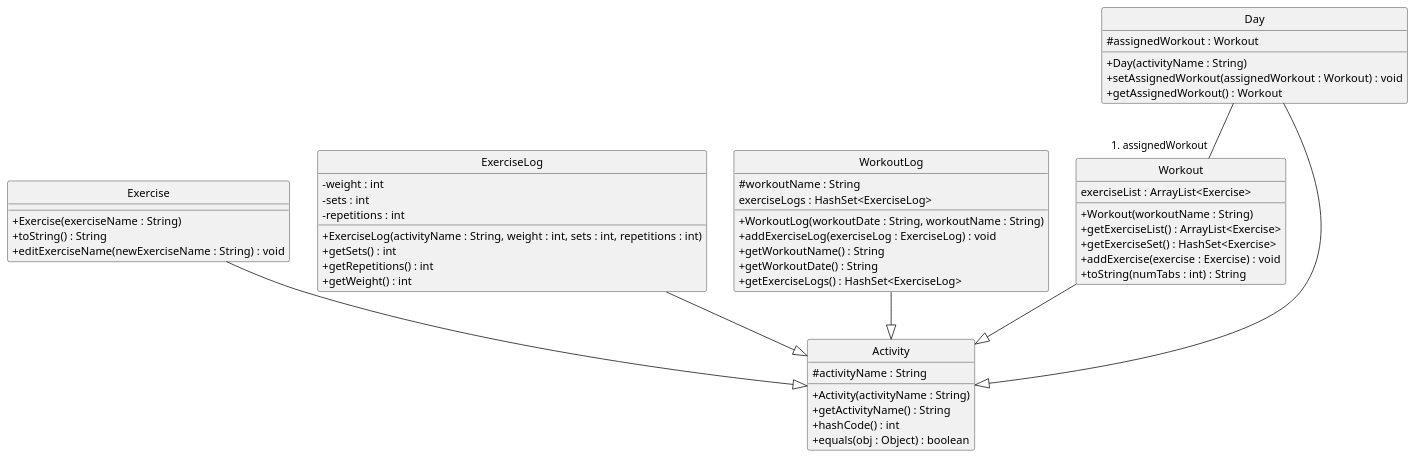
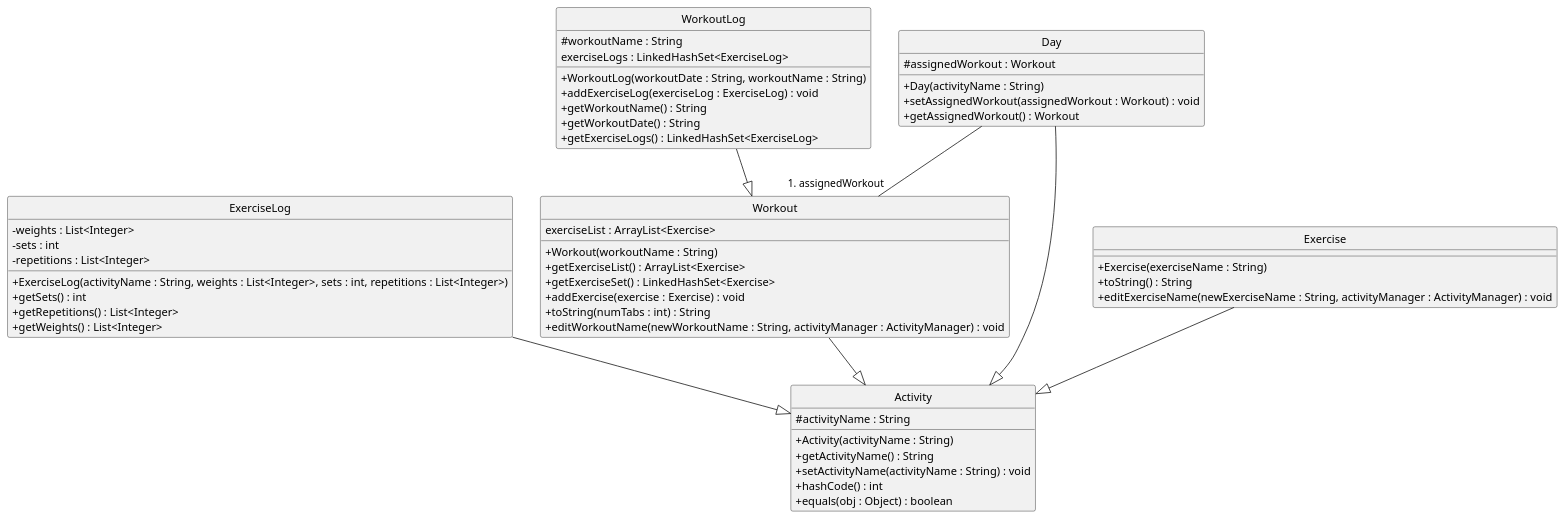
The diagram in docs/diagrams/ActivityClassDiagram.puml (joshualeejunyi/tp), drawn with PlantUML before and after one commit. The commit also changed 12 other files, not shown here.

Commit message:
Add PPP, DG sequence diagrams

```diff
--- a/docs/diagrams/ActivityClassDiagram.puml
+++ b/docs/diagrams/ActivityClassDiagram.puml
@@ -1,54 +1,57 @@
 @startuml
 skinparam classAttributeIconSize 0
 skinparam style strictuml
-class Workout{
-exerciseList : ArrayList<Exercise>
-+ Workout(workoutName : String)
-+ getExerciseList() : ArrayList<Exercise>
-+ getExerciseSet() : HashSet<Exercise>
-+ addExercise(exercise : Exercise) : void
-+ toString(numTabs : int) : String
-}
-Workout --|> Activity
-class Exercise{
-+ Exercise(exerciseName : String)
-+ toString() : String
-+ editExerciseName(newExerciseName : String) : void
-}
-Exercise --|> Activity
-class ExerciseLog{
-- weight : int
-- sets : int
-- repetitions : int
-+ ExerciseLog(activityName : String, weight : int, sets : int, repetitions : int)
-+ getSets() : int
-+ getRepetitions() : int
-+ getWeight() : int
-}
-ExerciseLog --|> Activity
+hide circle
 class Activity{
 # activityName : String
 + Activity(activityName : String)
 + getActivityName() : String
++ setActivityName(activityName : String) : void
 + hashCode() : int
 + equals(obj : Object) : boolean
 }
+class ExerciseLog{
+- weights : List<Integer>
+- sets : int
+- repetitions : List<Integer>
++ ExerciseLog(activityName : String, weights : List<Integer>, sets : int, repetitions : List<Integer>)
++ getSets() : int
++ getRepetitions() : List<Integer>
++ getWeights() : List<Integer>
+}
+ExerciseLog --|> Activity
 class WorkoutLog{
 # workoutName : String
-exerciseLogs : HashSet<ExerciseLog>
+exerciseLogs : LinkedHashSet<ExerciseLog>
 + WorkoutLog(workoutDate : String, workoutName : String)
 + addExerciseLog(exerciseLog : ExerciseLog) : void
 + getWorkoutName() : String
 + getWorkoutDate() : String
-+ getExerciseLogs() : HashSet<ExerciseLog>
++ getExerciseLogs() : LinkedHashSet<ExerciseLog>
 }
-WorkoutLog --|> Activity
+WorkoutLog --|> Workout
 class Day{
 # assignedWorkout : Workout
 + Day(activityName : String)
 + setAssignedWorkout(assignedWorkout : Workout) : void
 + getAssignedWorkout() : Workout
 }
 Day --|> Activity
+class Exercise{
++ Exercise(exerciseName : String)
++ toString() : String
++ editExerciseName(newExerciseName : String, activityManager : ActivityManager) : void
+}
+Exercise --|> Activity
+class Workout{
+exerciseList : ArrayList<Exercise>
++ Workout(workoutName : String)
++ getExerciseList() : ArrayList<Exercise>
++ getExerciseSet() : LinkedHashSet<Exercise>
++ addExercise(exercise : Exercise) : void
++ toString(numTabs : int) : String
++ editWorkoutName(newWorkoutName : String, activityManager : ActivityManager) : void
+}
+Workout --|> Activity
 Day--"# assignedWorkout" Workout
 @enduml
```
